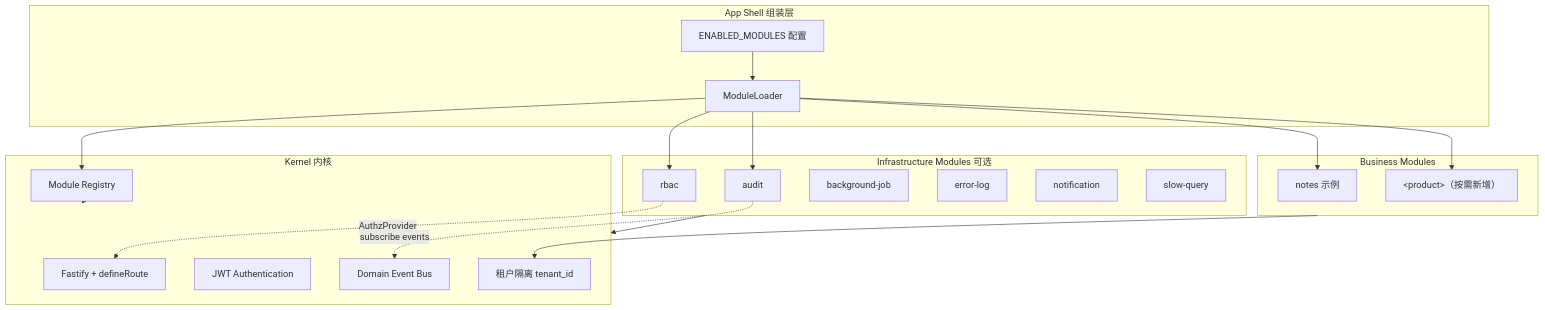
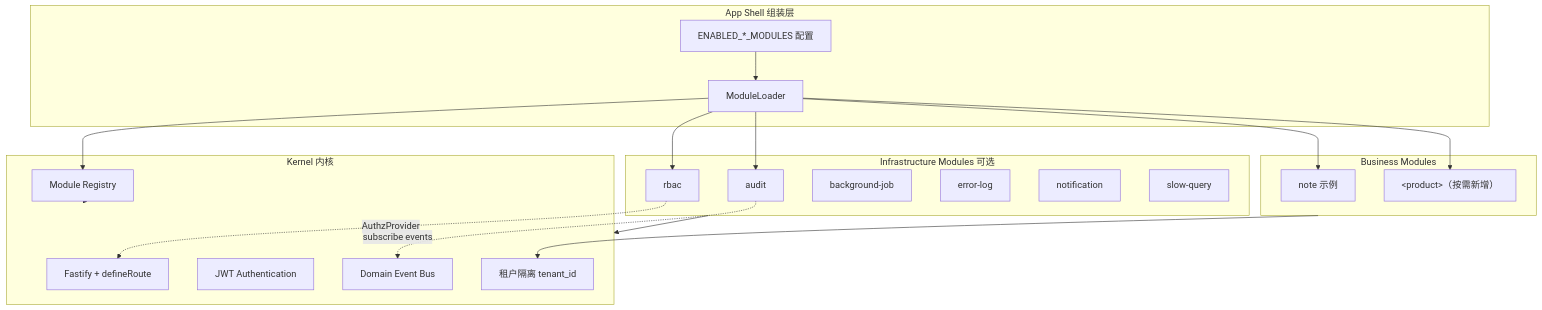
The first of 2 diagrams in docs/design/modular-architecture.md (vvenv/rewindom), drawn with Mermaid before and after one commit. The commit also changed other lines of this file and 159 other files, not shown here.

First line of the commit message:
feat(modular-architecture): restructure module organization and enhance documentation

````diff
--- a/docs/design/modular-architecture.md
+++ b/docs/design/modular-architecture.md
@@ -70,41 +70,41 @@
 ```mermaid
 flowchart TB
   subgraph app_shell [App Shell 组装层]
-    EM[ENABLED_MODULES 配置]
+    EM[ENABLED_*_MODULES 配置]
     ML[ModuleLoader]
   end
 
   subgraph kernel [Kernel 内核]
     HTTP[Fastify + defineRoute]
     AuthN[JWT Authentication]
     TenantCtx[租户隔离 tenant_id]
     Registry[Module Registry]
     Events[Domain Event Bus]
   end
 
   subgraph infra_mod [Infrastructure Modules 可选]
     RBAC[rbac]
     Audit[audit]
     BgJob[background-job]
     ErrLog[error-log]
     Notify[notification]
     SlowQ[slow-query]
   end
 
   subgraph biz_mod [Business Modules]
-    Notes[notes 示例]
+    Notes[note 示例]
     Product["&lt;product&gt;（按需新增）"]
   end
 
   EM --> ML
   ML --> Registry
   Registry --> kernel
   ML --> RBAC
   ML --> Audit
   ML --> Notes
   ML --> Product
   RBAC -.->|AuthzProvider| HTTP
   Audit -.->|subscribe events| Events
   biz_mod --> TenantCtx
   infra_mod --> kernel
 ```
````
